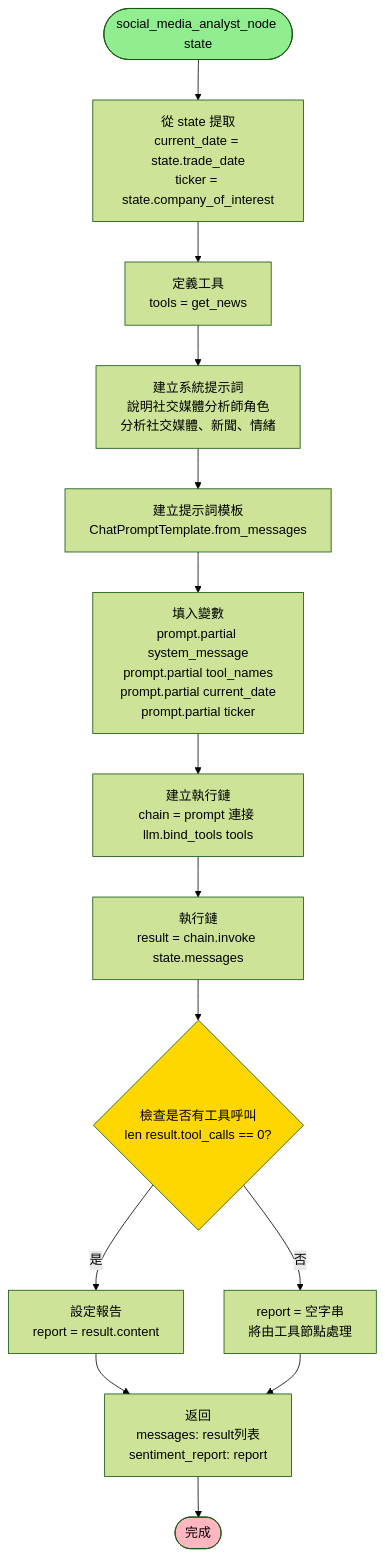
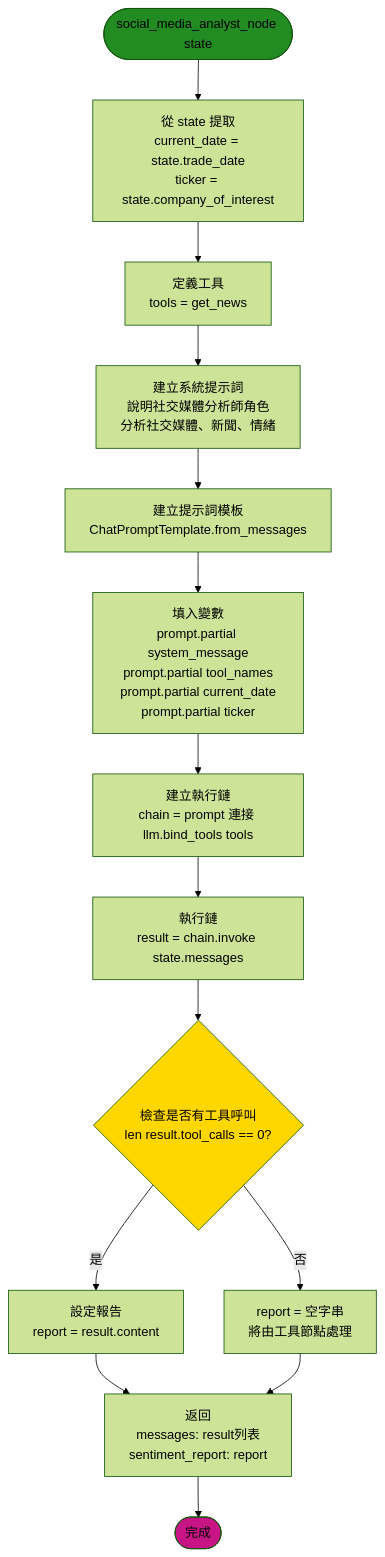
One commit to chitienshih-wq/Git_Test changed the ninth of 19 diagrams in 流程圖.md. Above: the diagram before and after it, drawn with Mermaid (forest theme). The commit also changed other lines of this file, not shown here.

````diff
--- a/流程圖.md
+++ b/流程圖.md
@@ -278,30 +278,30 @@
 ```mermaid
 flowchart TD
     Start([social_media_analyst_node state]) --> ExtractState[從 state 提取<br/>current_date = state.trade_date<br/>ticker = state.company_of_interest]
     
     ExtractState --> DefineTools[定義工具<br/>tools = get_news]
     
     DefineTools --> CreateSystemMessage[建立系統提示詞<br/>說明社交媒體分析師角色<br/>分析社交媒體、新聞、情緒]
     
     CreateSystemMessage --> CreatePrompt[建立提示詞模板<br/>ChatPromptTemplate.from_messages]
     
     CreatePrompt --> PartialPrompt[填入變數<br/>prompt.partial system_message<br/>prompt.partial tool_names<br/>prompt.partial current_date<br/>prompt.partial ticker]
     
     PartialPrompt --> CreateChain[建立執行鏈<br/>chain = prompt 連接 llm.bind_tools tools]
     
     CreateChain --> InvokeChain[執行鏈<br/>result = chain.invoke state.messages]
     
     InvokeChain --> CheckToolCalls{檢查是否有工具呼叫<br/>len result.tool_calls == 0?}
     
     CheckToolCalls -->|是| SetReport[設定報告<br/>report = result.content]
     CheckToolCalls -->|否| EmptyReport[report = 空字串<br/>將由工具節點處理]
     
     SetReport --> Return
     EmptyReport --> Return
     
     Return[返回<br/>messages: result列表<br/>sentiment_report: report] --> End([完成])
     
-    style Start fill:#90EE90
-    style End fill:#FFB6C1
+    style Start fill:#228B22
+    style End fill:#C71585
     style CheckToolCalls fill:#FFD700
 ```
````
